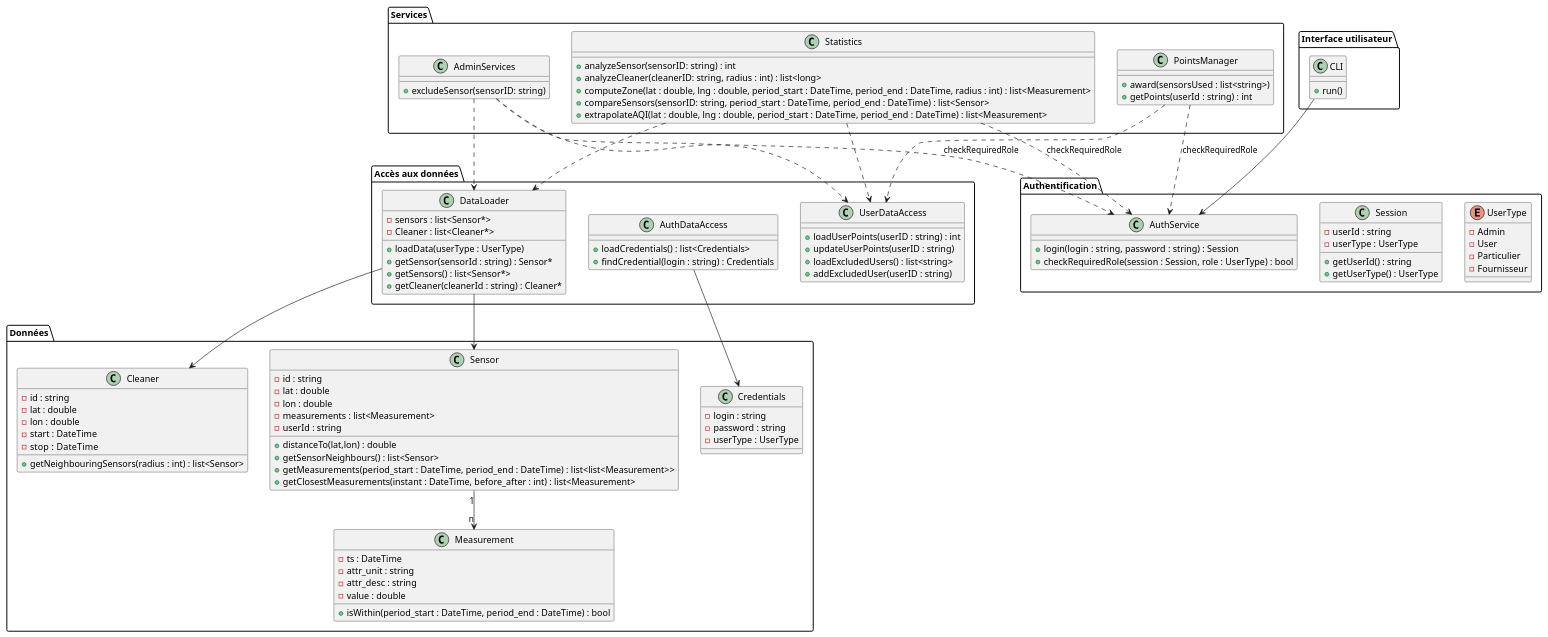
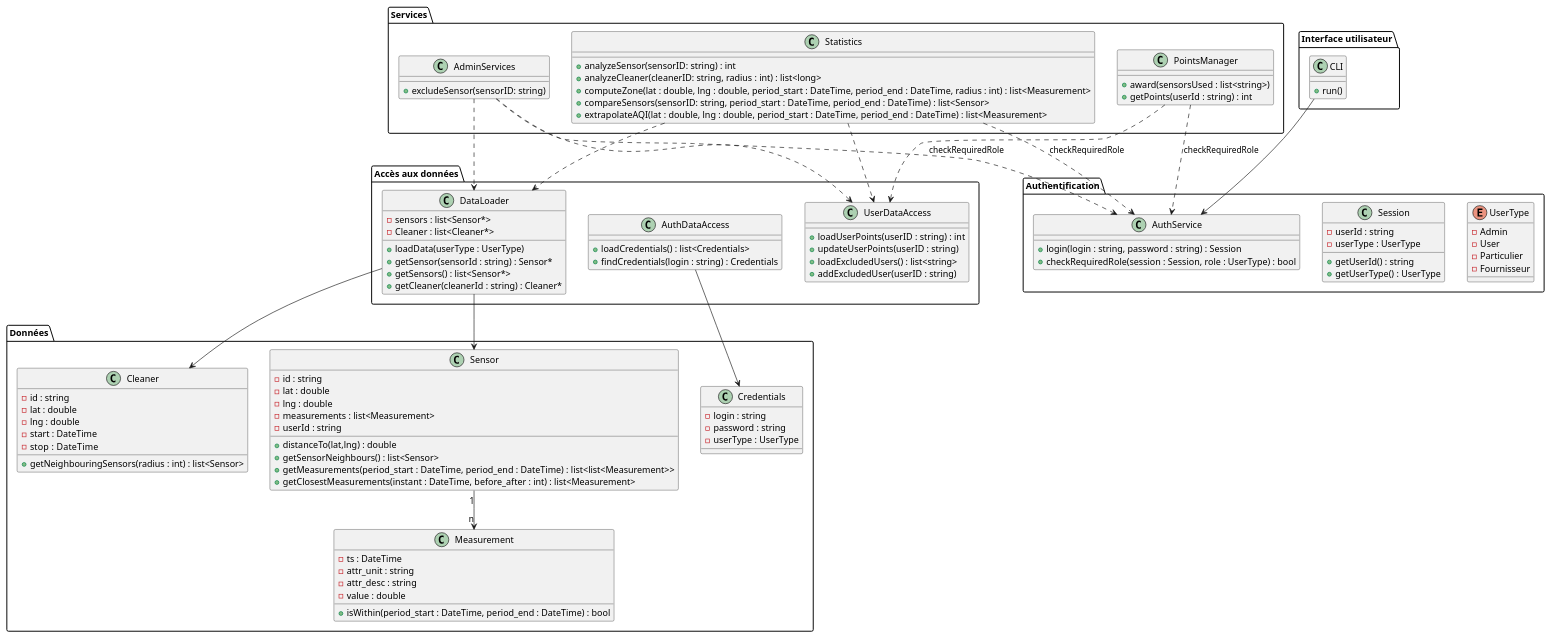
The diagram in MCD.puml (ldureuil/3IF_AirWatcher), drawn with PlantUML before and after one commit. The commit also changed 27 other files, not shown here.

```diff
--- a/MCD.puml
+++ b/MCD.puml
@@ -1,131 +1,131 @@
 @startuml MCD
 
 package "Données" {
   class Sensor {
     - id : string
     - lat : double
-    - lon : double
+    - lng : double
     - measurements : list<Measurement>
     - userId : string
-    + distanceTo(lat,lon) : double
+    + distanceTo(lat,lng) : double
     + getSensorNeighbours() : list<Sensor>
     + getMeasurements(period_start : DateTime, period_end : DateTime) : list<list<Measurement>>
     + getClosestMeasurements(instant : DateTime, before_after : int) : list<Measurement>
   }
 
   class Measurement {
     - ts : DateTime
     - attr_unit : string
     - attr_desc : string
     - value : double
     + isWithin(period_start : DateTime, period_end : DateTime) : bool
   }
 
   class Cleaner {
     - id : string
     - lat : double
-    - lon : double
+    - lng : double
     - start : DateTime
     - stop  : DateTime
     + getNeighbouringSensors(radius : int) : list<Sensor>
   }
 
     class Credentials {
     - login : string
     - password : string
     - userType : UserType
   }
 }
 
 
 package "Services" {
   class Statistics {
     + analyzeSensor(sensorID: string) : int
     + analyzeCleaner(cleanerID: string, radius : int) : list<long>
     + computeZone(lat : double, lng : double, period_start : DateTime, period_end : DateTime, radius : int) : list<Measurement>
     + compareSensors(sensorID: string, period_start : DateTime, period_end : DateTime) : list<Sensor>
     + extrapolateAQI(lat : double, lng : double, period_start : DateTime, period_end : DateTime) : list<Measurement>
   }
 
   class PointsManager {
     + award(sensorsUsed : list<string>)
     + getPoints(userId : string) : int
   }
 
   class AdminServices {
     + excludeSensor(sensorID: string)
   }
 }
 
 
 package "Accès aux données" {
   class DataLoader {
     - sensors : list<Sensor*>
     - Cleaner : list<Cleaner*>
     + loadData(userType : UserType)
     + getSensor(sensorId : string) : Sensor*
     + getSensors() : list<Sensor*>
     + getCleaner(cleanerId : string) : Cleaner*
   }
 
   class UserDataAccess {
     + loadUserPoints(userID : string) : int
     + updateUserPoints(userID : string)
     + loadExcludedUsers() : list<string>
     + addExcludedUser(userID : string)
   }
 
   class AuthDataAccess {
     + loadCredentials() : list<Credentials>
-    + findCredential(login : string) : Credentials
+    + findCredentials(login : string) : Credentials
   }
 }
 
 
 package "Authentification" {
     enum UserType {
     - Admin
     - User
     - Particulier
     - Fournisseur
   }
 
   class Session {
     - userId : string
     - userType : UserType
     + getUserId() : string
     + getUserType() : UserType
   }
 
   class AuthService {
     + login(login : string, password : string) : Session
     + checkRequiredRole(session : Session, role : UserType) : bool
   }
 }
 
 
 package "Interface utilisateur" {
   class CLI {
     + run()
   }
 }
 
 
 
 Sensor  "1" --> "n" Measurement
 DataLoader --> Sensor
 DataLoader --> Cleaner
 AuthDataAccess --> Credentials
 
 CLI --> AuthService
 
 Statistics     ..> AuthService : checkRequiredRole
 PointsManager  ..> AuthService : checkRequiredRole
 AdminServices  ..> AuthService : checkRequiredRole
 
 Statistics     ..> DataLoader
 Statistics     ..> UserDataAccess
 PointsManager  ..> UserDataAccess
 AdminServices  ..> DataLoader
 AdminServices  ..> UserDataAccess
 @enduml
```
